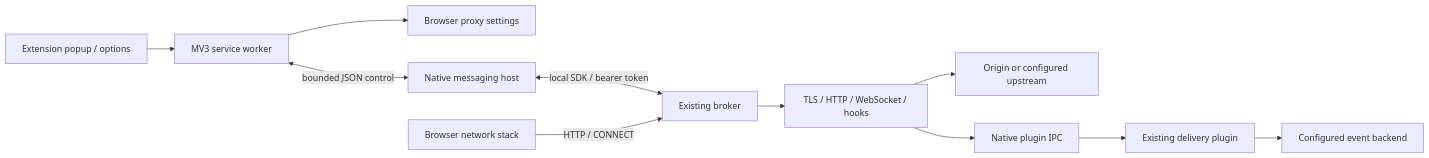
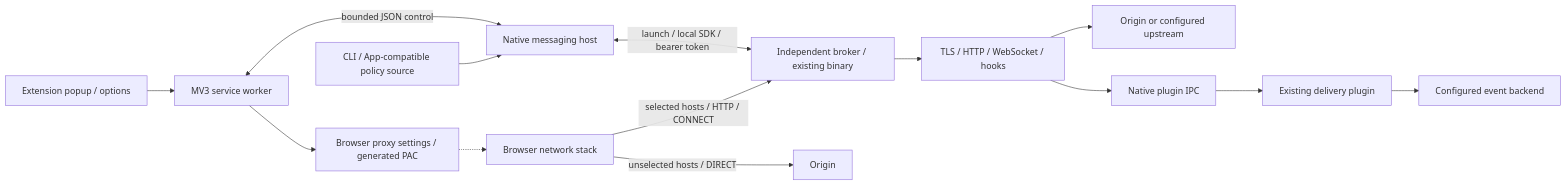
The diagram in docs/browser-plugin-feasibility.md (lexmount/abyss-rs), drawn with Mermaid before and after one commit. The commit also changed other lines of this file, not shown here.

First line of the commit message:
docs: clarify browser configuration reuse

````diff
--- a/docs/browser-plugin-feasibility.md
+++ b/docs/browser-plugin-feasibility.md
@@ -134,13 +225,16 @@
 ```mermaid
 flowchart LR
     UI[Extension popup / options] --> SW[MV3 service worker]
-    SW --> Settings[Browser proxy settings]
+    SW --> Settings[Browser proxy settings / generated PAC]
     SW <-->|bounded JSON control| Host[Native messaging host]
-    Host <-->|local SDK / bearer token| Broker[Existing broker]
-    Browser[Browser network stack] -->|HTTP / CONNECT| Broker
+    Policy[CLI / App-compatible policy source] --> Host
+    Host <-->|launch / local SDK / bearer token| Broker[Independent broker / existing binary]
+    Settings -.-> Browser[Browser network stack]
+    Browser -->|selected hosts / HTTP / CONNECT| Broker
+    Browser -->|unselected hosts / DIRECT| Direct[Origin]
     Broker --> MITM[TLS / HTTP / WebSocket / hooks]
     MITM --> Origin[Origin or configured upstream]
     MITM --> IPC[Native plugin IPC]
     IPC --> Delivery[Existing delivery plugin]
     Delivery --> Backend[Configured event backend]
 ```
````
